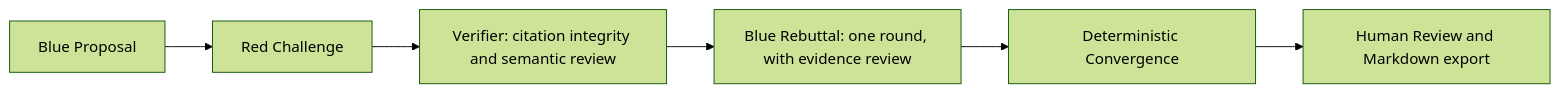
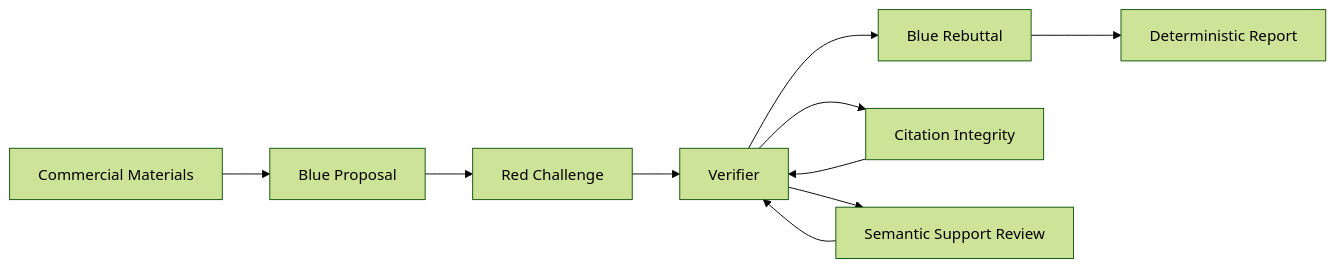
Before and after one commit to chengtaoxu23-prog/seminar-room: the diagram in README.md, drawn with Mermaid (forest theme). The commit also changed other lines of this file, not shown here.

Commit message:
docs: expand GTM product introduction and planned roadmap

````diff
--- a/README.md
+++ b/README.md
@@ -21,8 +31,12 @@
 ```mermaid
 flowchart LR
-  A[Blue Proposal] --> B[Red Challenge]
-  B --> C[Verifier: citation integrity and semantic review]
-  C --> D[Blue Rebuttal: one round, with evidence review]
-  D --> E[Deterministic Convergence]
-  E --> F[Human Review and Markdown export]
+    A[Commercial Materials] --> B[Blue Proposal]
+    B --> C[Red Challenge]
+    C --> D[Verifier]
+    D --> E[Blue Rebuttal]
+    E --> F[Deterministic Report]
+    D --> G[Citation Integrity]
+    D --> H[Semantic Support Review]
+    G --> D
+    H --> D
 ```
````
